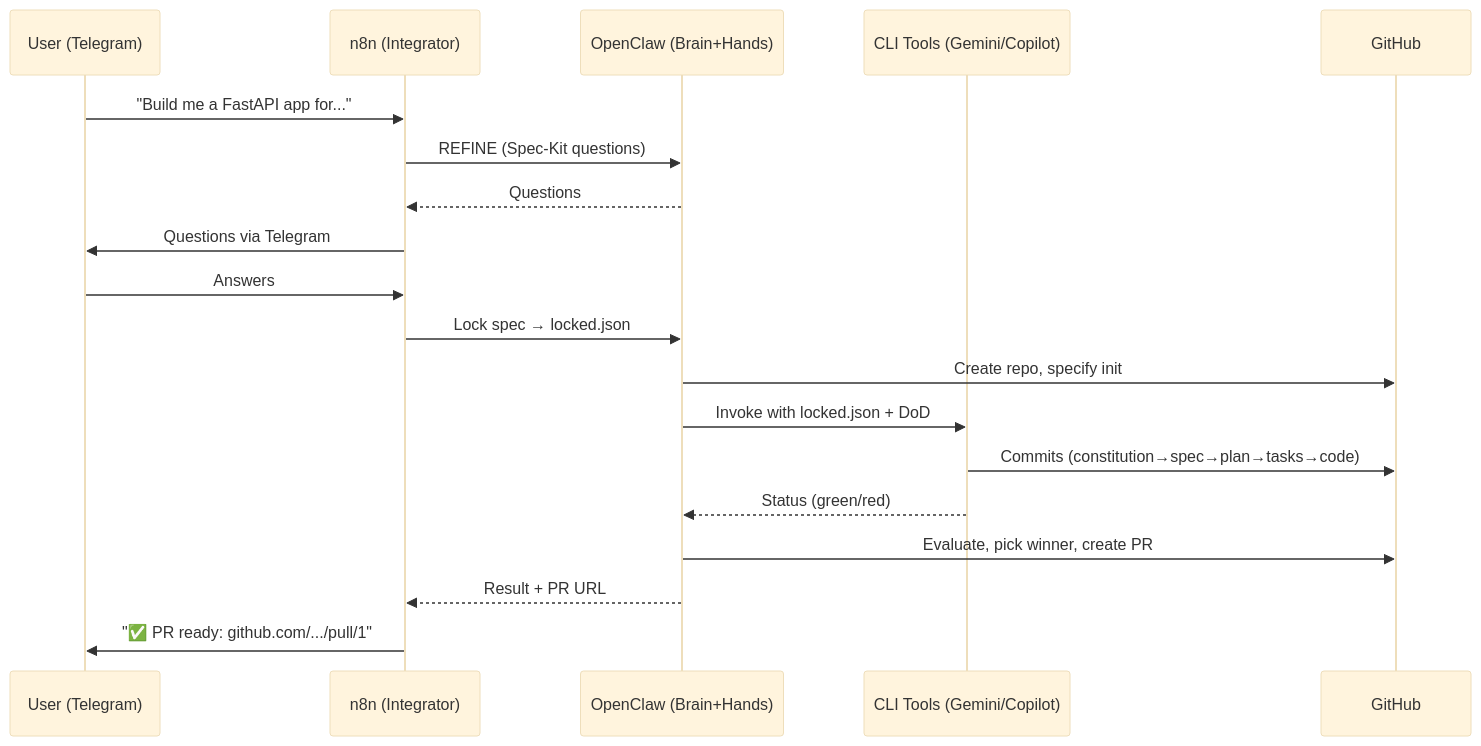
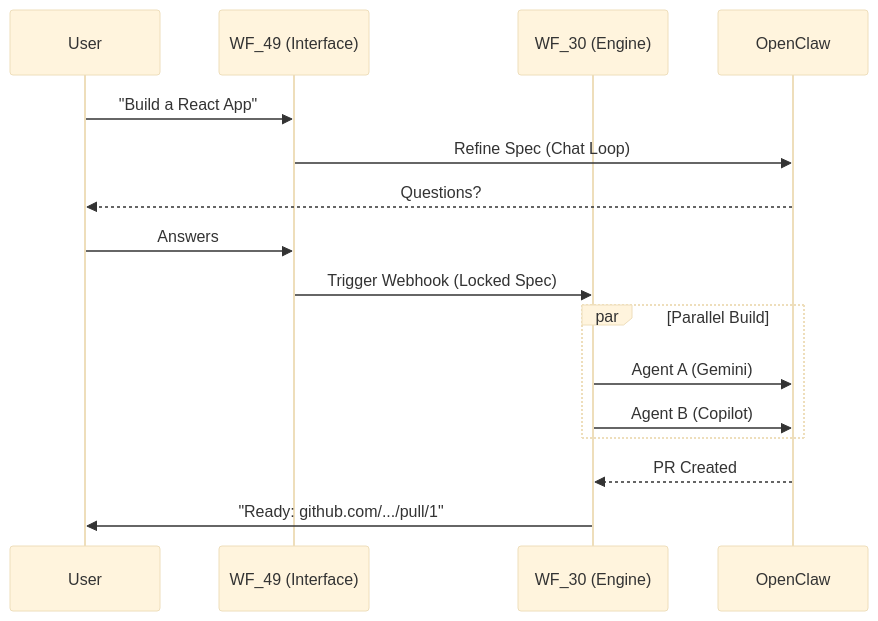
One commit to HonzaHezina/janAGI changed the second of 2 diagrams in ops/docs/ARCHITECTURE.md. Above: the diagram before and after it, drawn with Mermaid (base theme). The commit also changed other lines of this file and 2 other files, not shown here.

Commit message:
refactor(docs): update architecture and action draft protocol for clarity and structure

````diff
--- a/ops/docs/ARCHITECTURE.md
+++ b/ops/docs/ARCHITECTURE.md
@@ -275,22 +121,21 @@
 ```mermaid
 sequenceDiagram
-    participant U as User (Telegram)
-    participant N as n8n (Integrator)
-    participant AI as OpenClaw (Brain+Hands)
-    participant CLI as CLI Tools (Gemini/Copilot)
-    participant GH as GitHub
+    participant U as User
+    participant INT as WF_49 (Interface)
+    participant ENG as WF_30 (Engine)
+    participant AI as OpenClaw
 
-    U->>N: "Build me a FastAPI app for..."
-    N->>AI: REFINE (Spec-Kit questions)
-    AI-->>N: Questions
-    N->>U: Questions via Telegram
-    U->>N: Answers
-    N->>AI: Lock spec → locked.json
-    AI->>GH: Create repo, specify init
-    AI->>CLI: Invoke with locked.json + DoD
-    CLI->>GH: Commits (constitution→spec→plan→tasks→code)
-    CLI-->>AI: Status (green/red)
-    AI->>GH: Evaluate, pick winner, create PR
-    AI-->>N: Result + PR URL
-    N->>U: "✅ PR ready: github.com/.../pull/1"
+    U->>INT: "Build a React App"
+    INT->>AI: Refine Spec (Chat Loop)
+    AI-->>U: Questions?
+    U->>INT: Answers
+    INT->>ENG: Trigger Webhook (Locked Spec)
+    
+    par Parallel Build
+        ENG->>AI: Agent A (Gemini)
+        ENG->>AI: Agent B (Copilot)
+    end
+    
+    AI-->>ENG: PR Created
+    ENG->>U: "Ready: github.com/.../pull/1"
 ```
````
